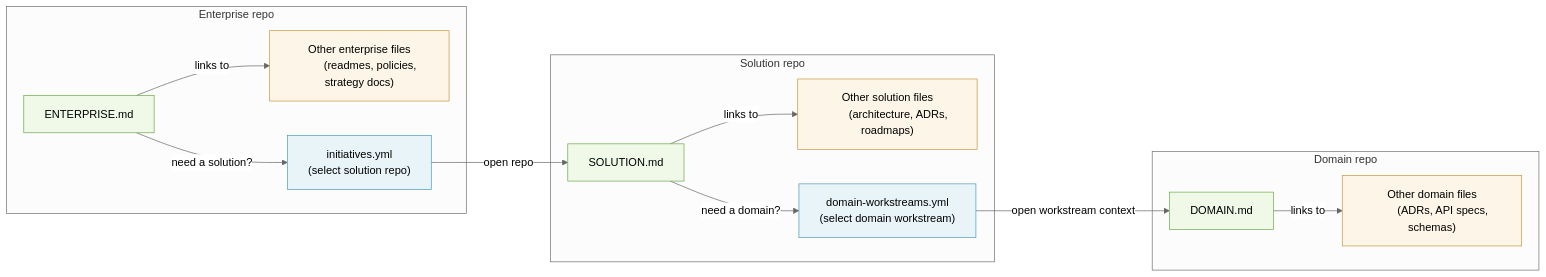
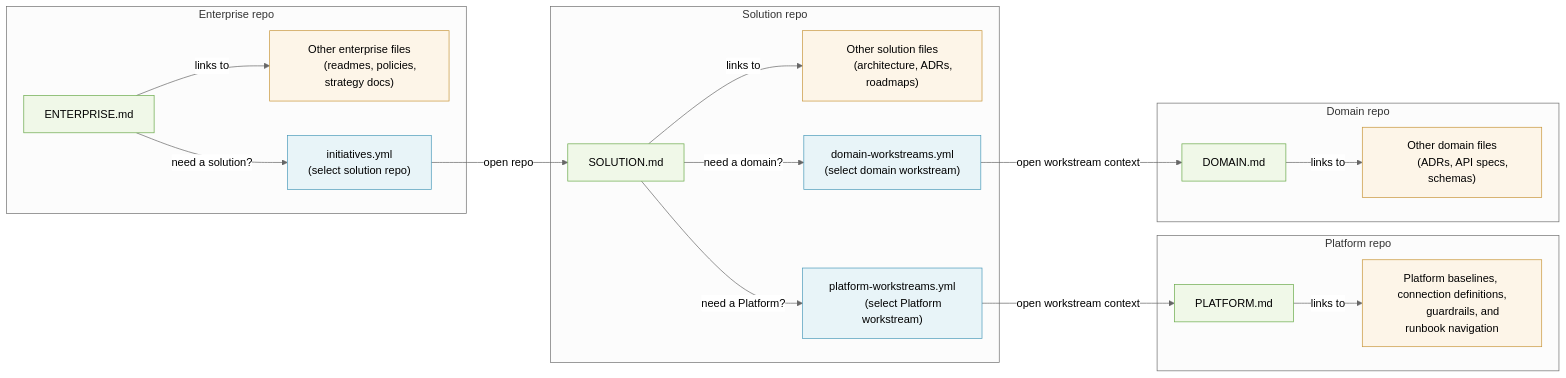
Before and after one commit to oopsyz/enterprise.md: the diagram in enterprise_repo_convention.md, drawn with Mermaid (neutral theme). The commit also changed other lines of this file and 51 other files, not shown here.

Commit message:
Add Platform repository routing convention

````diff
--- a/enterprise_repo_convention.md
+++ b/enterprise_repo_convention.md
@@ -69,39 +78,50 @@
 ```mermaid
 flowchart LR
     subgraph ER["Enterprise repo"]
         EEntry["ENTERPRISE.md"]:::entry
         ELocal["Other enterprise files
         (readmes, policies, strategy docs)"]:::artifact
         ERoute["initiatives.yml
         (select solution repo)"]:::routing
 
         EEntry -->|"links to"| ELocal
         EEntry -->|"need a solution?"| ERoute
     end
 
     subgraph SR["Solution repo"]
         SEntry["SOLUTION.md"]:::entry
         SLocal["Other solution files
         (architecture, ADRs, roadmaps)"]:::artifact
         SRoute["domain-workstreams.yml
         (select domain workstream)"]:::routing
+        SPRoute["platform-workstreams.yml
+        (select Platform workstream)"]:::routing
 
         SEntry -->|"links to"| SLocal
         SEntry -->|"need a domain?"| SRoute
+        SEntry -->|"need a Platform?"| SPRoute
+    end
+
+    subgraph PR["Platform repo"]
+        PEntry["PLATFORM.md"]:::entry
+        PLocal["Platform baselines, connection definitions,
+        guardrails, and runbook navigation"]:::artifact
+        PEntry -->|"links to"| PLocal
     end
 
     subgraph DR["Domain repo"]
         DEntry["DOMAIN.md"]:::entry
         DLocal["Other domain files
         (ADRs, API specs, schemas)"]:::artifact
 
         DEntry -->|"links to"| DLocal
     end
 
     ERoute -->|"open repo"| SEntry
     SRoute -->|"open workstream context"| DEntry
+    SPRoute -->|"open workstream context"| PEntry
 
     classDef routing fill:#e8f4f8,stroke:#4a9aba;
     classDef entry fill:#f0f8e8,stroke:#6aaa4a;
     classDef artifact fill:#fdf5e8,stroke:#c8963a;
 ```
````
